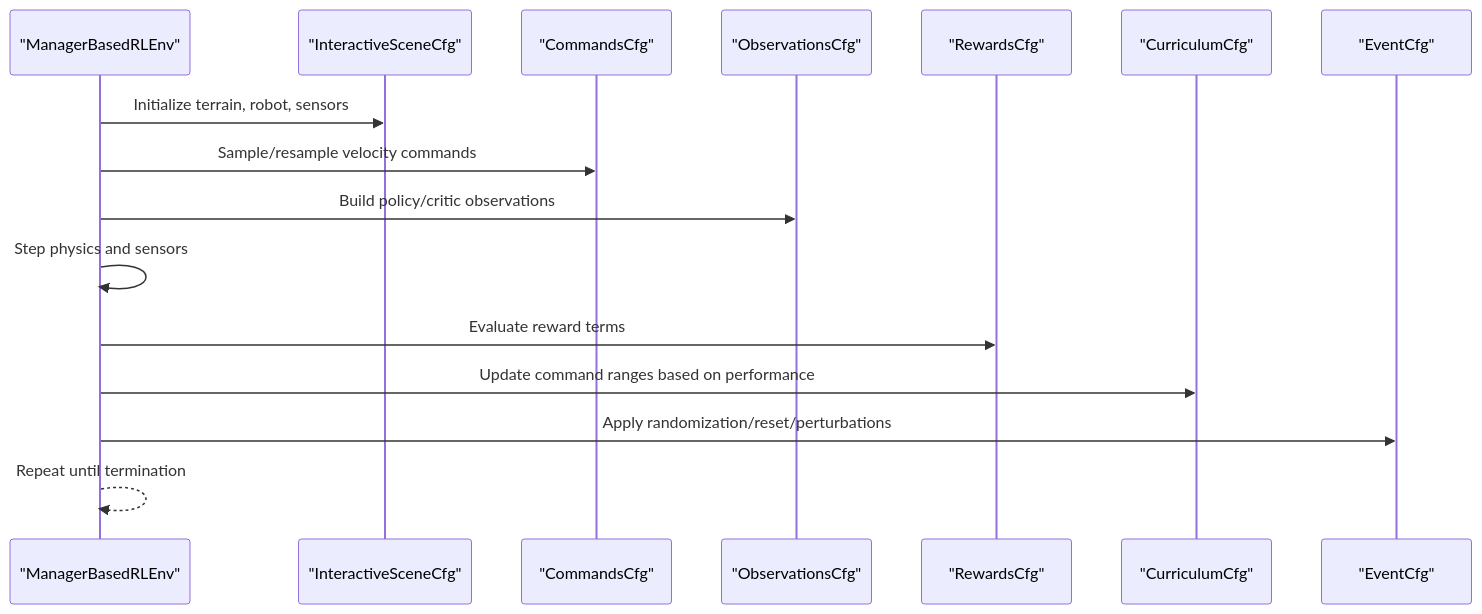
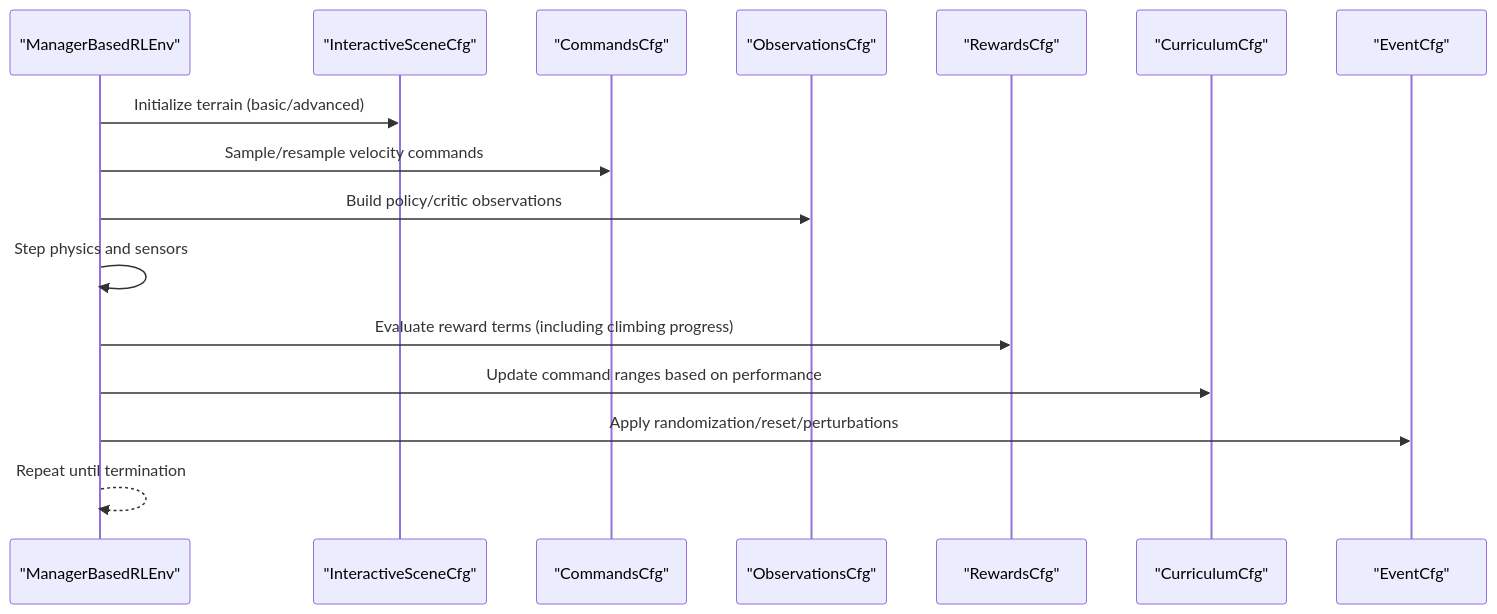
Before and after one commit to jayjayhust/robot_lab: the second of 9 diagrams in .qoder/repowiki/en/content/Task Configuration Framework/Velocity-Based Locomotion Tasks/Velocity-Based Locomotion Tasks.md, drawn with Mermaid. The commit also changed other lines of this file and 9 other files, not shown here.

````diff
--- a/.qoder/repowiki/en/content/Task Configuration Framework/Velocity-Based Locomotion Tasks/Velocity-Based Locomotion Tasks.md
+++ b/.qoder/repowiki/en/content/Task Configuration Framework/Velocity-Based Locomotion Tasks/Velocity-Based Locomotion Tasks.md
@@ -114,18 +131,18 @@
 ```mermaid
 sequenceDiagram
 participant Env as "ManagerBasedRLEnv"
 participant Scene as "InteractiveSceneCfg"
 participant Cmd as "CommandsCfg"
 participant Obs as "ObservationsCfg"
 participant Rew as "RewardsCfg"
 participant Cur as "CurriculumCfg"
 participant Ev as "EventCfg"
-Env->>Scene : Initialize terrain, robot, sensors
+Env->>Scene : Initialize terrain (basic/advanced)
 Env->>Cmd : Sample/resample velocity commands
 Env->>Obs : Build policy/critic observations
 Env->>Env : Step physics and sensors
-Env->>Rew : Evaluate reward terms
+Env->>Rew : Evaluate reward terms (including climbing progress)
 Env->>Cur : Update command ranges based on performance
 Env->>Ev : Apply randomization/reset/perturbations
 Env-->>Env : Repeat until termination
 ```
````
